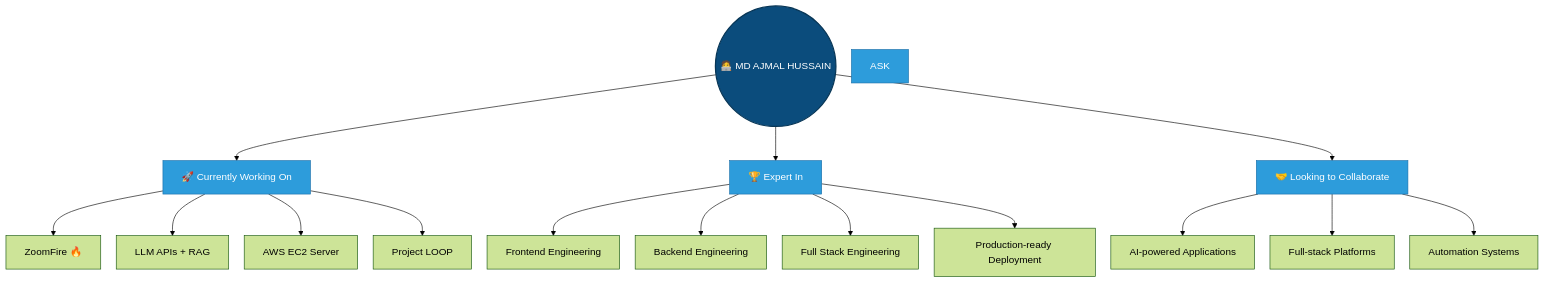
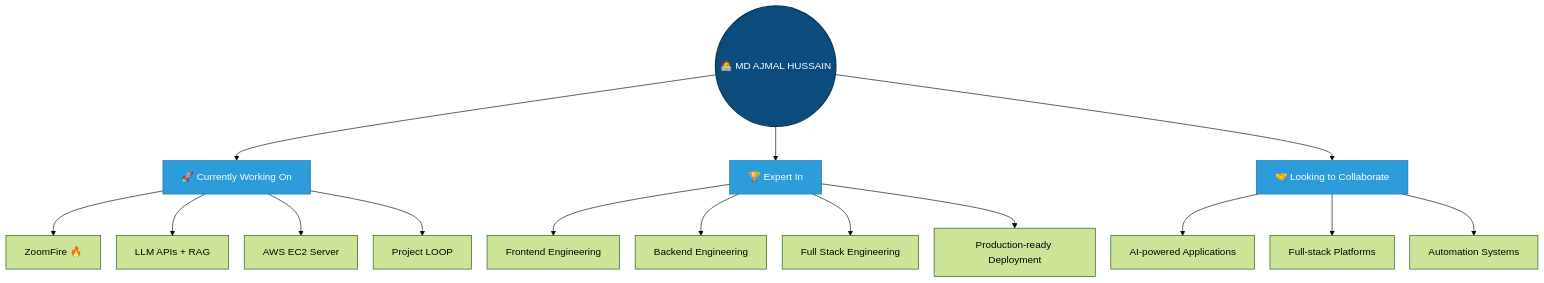
The diagram in README.md (AjmalGit25/AjmalGit25), drawn with Mermaid (forest theme) before and after one commit.

Commit message:
Remove style for ASK from README
Removed style definition for ASK in the README.

````diff
--- a/README.md
+++ b/README.md
@@ -124,28 +124,27 @@
 ```mermaid
 %%{init: {"flowchart": {"nodeSpacing": 25, "rankSpacing": 55}}}%%
 flowchart TD
     ME(("🧑‍💻 MD AJMAL HUSSAIN"))
 
     ME --> CW["🚀 Currently Working On"]
     CW --> CW1["ZoomFire 🔥"]
     CW --> CW2["LLM APIs + RAG"]
     CW --> CW3["AWS EC2 Server"]
     CW --> CW4["Project LOOP"]
 
     ME --> EX["🏆 Expert In"]
     EX --> EX1["Frontend Engineering"]
     EX --> EX2["Backend Engineering"]
     EX --> EX3["Full Stack Engineering"]
     EX --> EX4["Production-ready Deployment"]
 
     ME --> COL["🤝 Looking to Collaborate"]
     COL --> COL1["AI-powered Applications"]
     COL --> COL2["Full-stack Platforms"]
     COL --> COL3["Automation Systems"]
 
     style ME fill:#0B4C7C,stroke:#083656,stroke-width:2px,color:#fff
     style CW fill:#2D9CDB,stroke:#1B6FA8,color:#fff
     style EX fill:#2D9CDB,stroke:#1B6FA8,color:#fff
     style COL fill:#2D9CDB,stroke:#1B6FA8,color:#fff
-    style ASK fill:#2D9CDB,stroke:#1B6FA8,color:#fff
 ```
````
